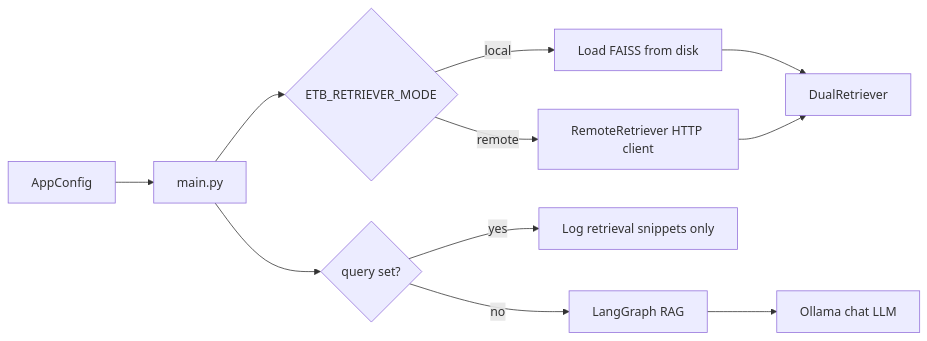
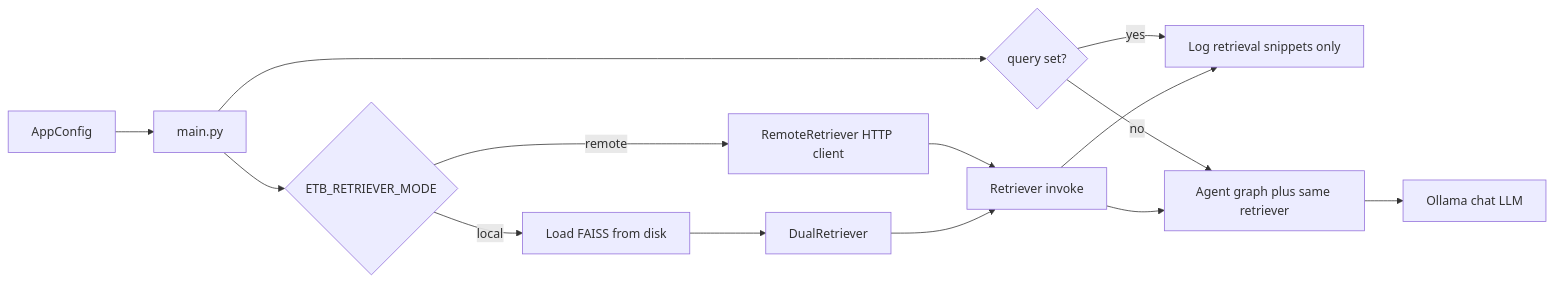
The fourth of 4 diagrams in docs/ARCHITECTURE.md (druv022/ETB-Project), drawn with Mermaid before and after one commit. The commit also changed other lines of this file and 26 other files, not shown here.

````diff
--- a/docs/ARCHITECTURE.md
+++ b/docs/ARCHITECTURE.md
@@ -114,13 +156,16 @@
 ```mermaid
 flowchart LR
   Config[AppConfig] --> Main[main.py]
   Main --> Mode{ETB_RETRIEVER_MODE}
   Mode -->|local| Load[Load FAISS from disk]
   Mode -->|remote| Client[RemoteRetriever HTTP client]
   Load --> Dual[DualRetriever]
-  Client --> Dual
+  Client --> Ret[Retriever invoke]
+  Dual --> Ret
   Main --> Q{query set?}
   Q -->|yes| Snip[Log retrieval snippets only]
-  Q -->|no| RAG2[LangGraph RAG]
+  Q -->|no| RAG2[Agent graph plus same retriever]
+  Ret --> Snip
+  Ret --> RAG2
   RAG2 --> OllamaLLM[Ollama chat LLM]
 ```
````
